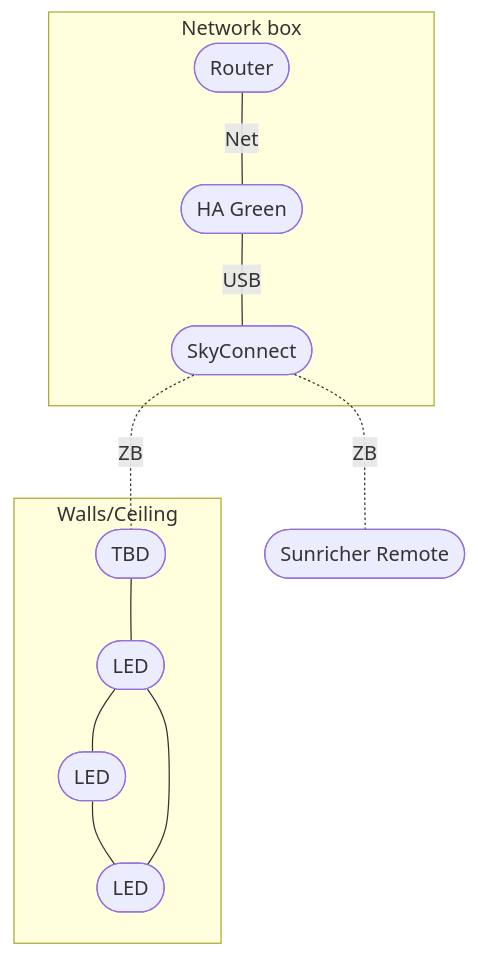
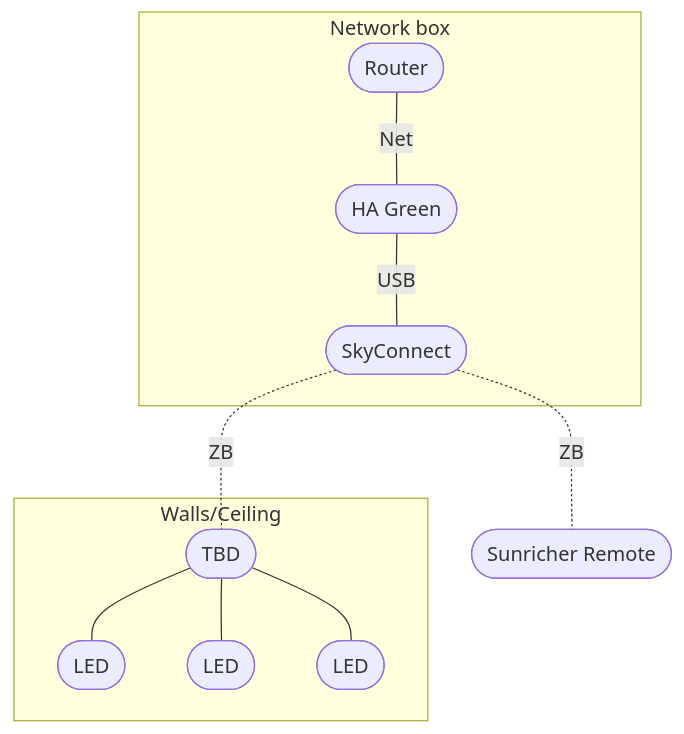
Before and after one commit to freenandes/topo-da-mente: the diagram in content/note/connected-home-switches.md, drawn with Mermaid.

Commit message:
Dec 15, 2023, 9:06 AM

````diff
--- a/content/note/connected-home-switches.md
+++ b/content/note/connected-home-switches.md
@@ -53,13 +53,15 @@
 ```mermaid
 flowchart TB
 subgraph nwb[Network box]
     iro([Router]) --Net---
     has([HA Green]) --USB---
     sky([SkyConnect])
 end
 sky -.ZB.- szr([Sunricher Remote])
 subgraph con[Walls/Ceiling]
-    dsw([TBD]) --- ll1([LED]) --- ll2([LED]) --- ll3([LED]) --- ll1
+    dsw([TBD]) --- ll1([LED])
+    dsw --- ll2([LED])
+    dsw --- ll3([LED])
 end 
 sky -.ZB.- dsw
 ```
````
